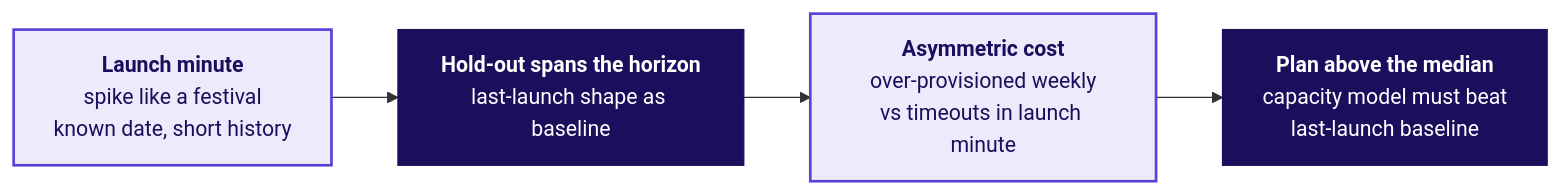
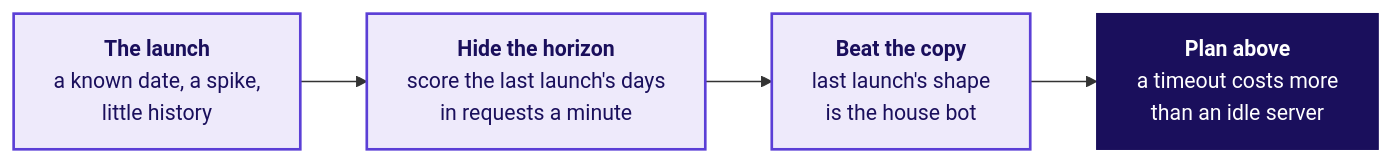
Before and after one commit to fde-academy-lab/c2-content-factory: the first of 2 diagrams in content/W04/D5/slides/C2_W04_D05_half2_STUDENT.md, drawn with Mermaid. The commit also changed other lines of this file and 48 other files, not shown here.

First line of the commit message:
Week 4 Friday: the hold-out scores a real forecast, both 2025 windows, priced errors, every number traced

````diff
--- a/content/W04/D5/slides/C2_W04_D05_half2_STUDENT.md
+++ b/content/W04/D5/slides/C2_W04_D05_half2_STUDENT.md
@@ -85,10 +141,10 @@
 ```mermaid
 flowchart LR
-    L["<b>Launch minute</b><br/>spike like a festival<br/>known date, short history"] --> H["<b>Hold-out spans the horizon</b><br/>last-launch shape as baseline"]
-    H --> C["<b>Asymmetric cost</b><br/>over-provisioned weekly<br/>vs timeouts in launch minute"]
-    C --> P["<b>Plan above the median</b><br/>capacity model must beat<br/>last-launch baseline"]
+    L["<b>The launch</b><br/>a known date, a spike,<br/>little history"] --> H["<b>Hide the horizon</b><br/>score the last launch's days<br/>in requests a minute"]
+    H --> B["<b>Beat the copy</b><br/>last launch's shape<br/>is the house bot"]
+    B --> C["<b>Plan above</b><br/>a timeout costs more<br/>than an idle server"]
+    classDef known fill:#EEEAFB,stroke:#5B3FD6,color:#1A0F5C,stroke-width:2px
     classDef lit fill:#1A0F5C,stroke:#1A0F5C,color:#FFFFFF
-    classDef known fill:#EEEAFB,stroke:#5B3FD6,color:#1A0F5C,stroke-width:2px
-    class L,C known
-    class H,P lit
+    class L,H,B known
+    class C lit
 ```
````
